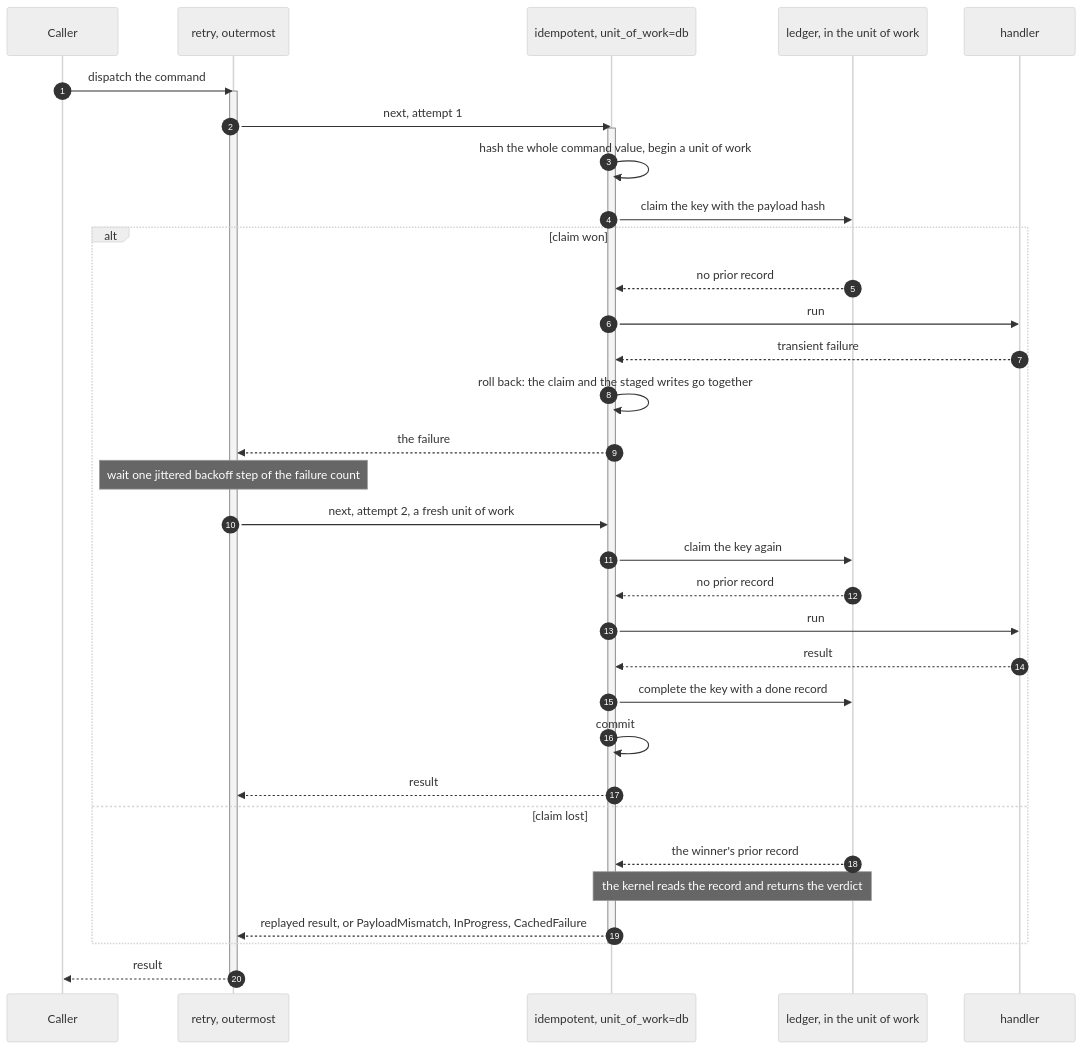
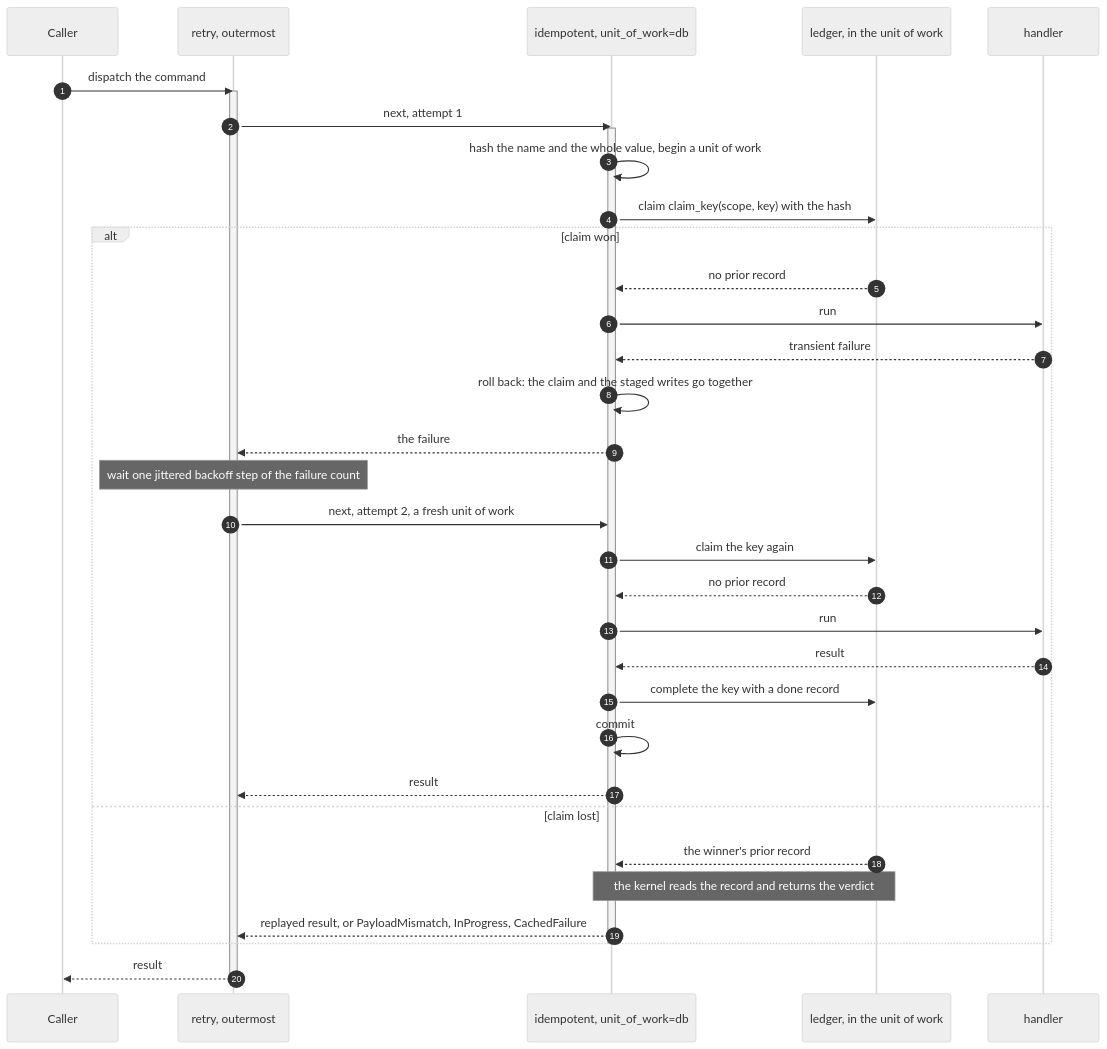
One commit to haskian/edax changed the second of 3 diagrams in docs/sdk/commands.md. Above: the diagram before and after it, drawn with Mermaid (neutral theme). The commit also changed other lines of this file and 175 other files, not shown here.

````diff
--- a/docs/sdk/commands.md
+++ b/docs/sdk/commands.md
@@ -178,39 +322,39 @@
 ```mermaid
 sequenceDiagram
     autonumber
     participant Caller
     participant Retry as retry, outermost
     participant Guard as idempotent, unit_of_work=db
     participant Ledger as ledger, in the unit of work
     participant Handler as handler
 
     Caller->>Retry: dispatch the command
     activate Retry
     Retry->>Guard: next, attempt 1
     activate Guard
-    Guard->>Guard: hash the whole command value, begin a unit of work
-    Guard->>Ledger: claim the key with the payload hash
+    Guard->>Guard: hash the name and the whole value, begin a unit of work
+    Guard->>Ledger: claim claim_key(scope, key) with the hash
     alt claim won
         Ledger-->>Guard: no prior record
         Guard->>Handler: run
         Handler-->>Guard: transient failure
         Guard->>Guard: roll back: the claim and the staged writes go together
         Guard-->>Retry: the failure
         Note over Retry: wait one jittered backoff step of the failure count
         Retry->>Guard: next, attempt 2, a fresh unit of work
         Guard->>Ledger: claim the key again
         Ledger-->>Guard: no prior record
         Guard->>Handler: run
         Handler-->>Guard: result
         Guard->>Ledger: complete the key with a done record
         Guard->>Guard: commit
         Guard-->>Retry: result
     else claim lost
         Ledger-->>Guard: the winner's prior record
         Note over Guard,Ledger: the kernel reads the record and returns the verdict
         Guard-->>Retry: replayed result, or PayloadMismatch, InProgress, CachedFailure
     end
     deactivate Guard
     Retry-->>Caller: result
     deactivate Retry
 ```
````
